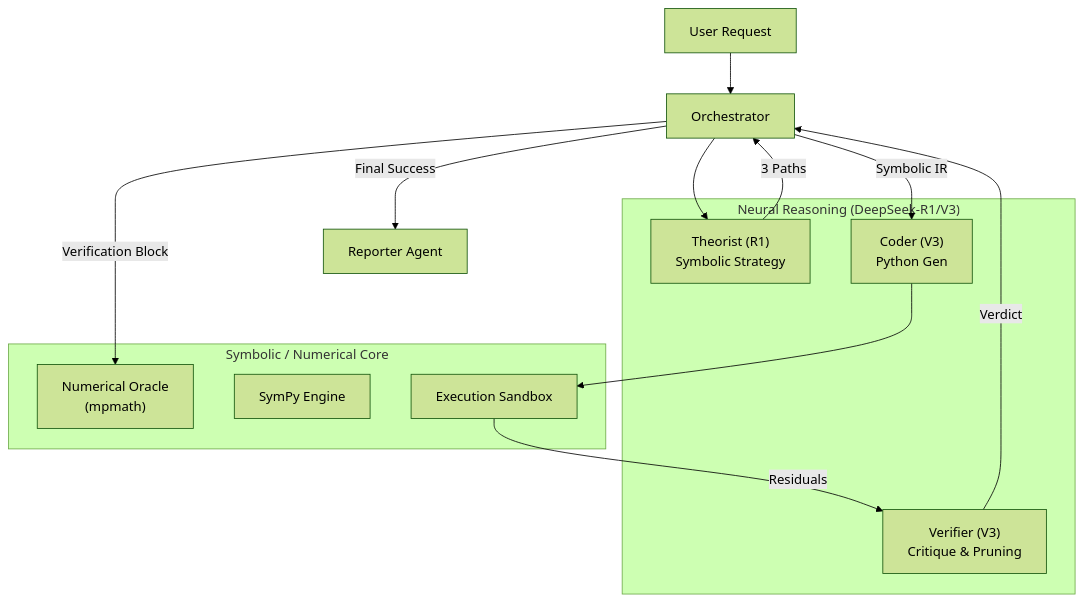
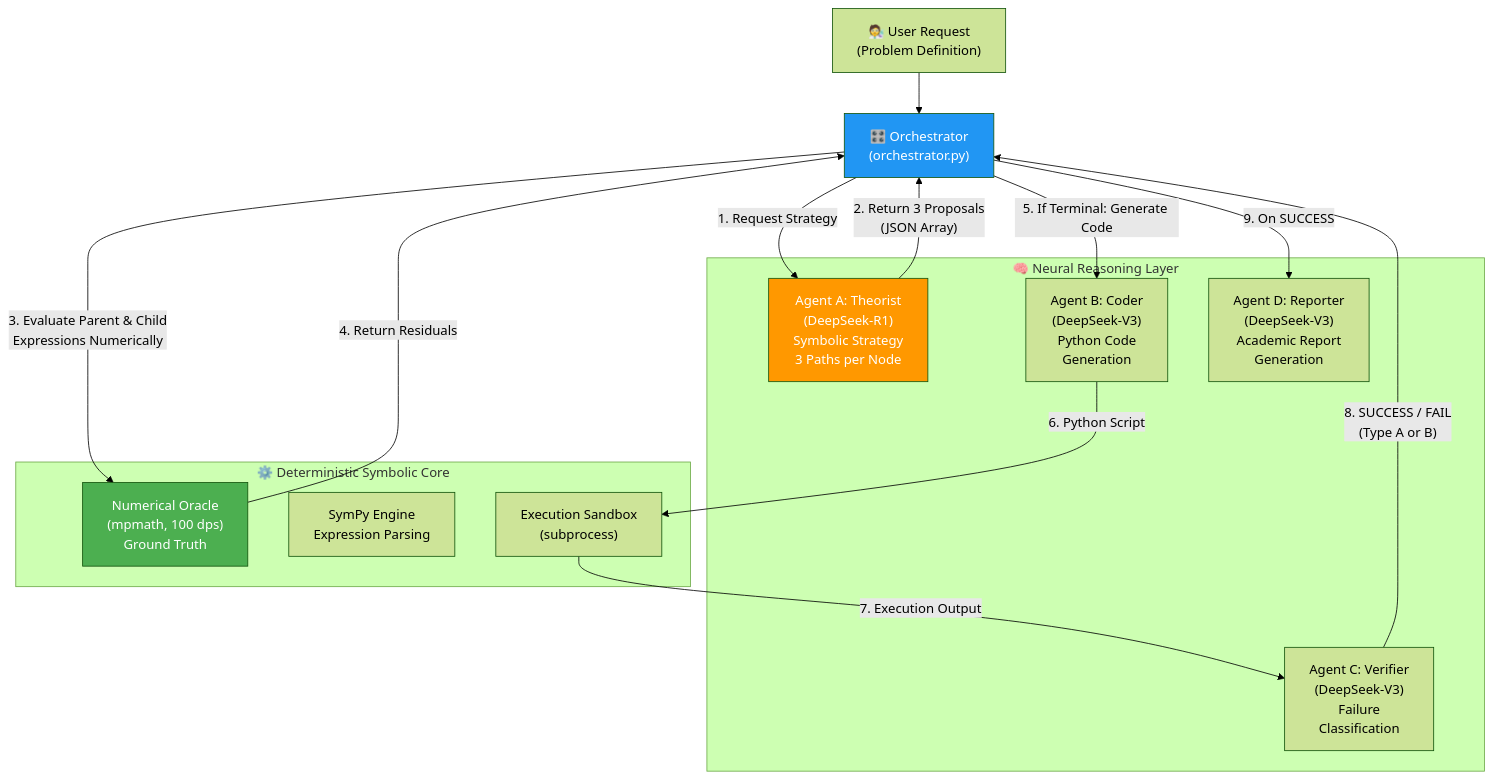
The first of 4 diagrams in doc/FINAL_FRAMEWORK_EN.md (XiaoJiang-Phy/NeuroSymbolic-Physics-Solver), drawn with Mermaid (forest theme) before and after one commit. The commit also changed other lines of this file and 3 other files, not shown here.

Commit message:
docs: comprehensive rewrite of all bilingual reports with detailed code analysis, derivation tree deep-dive, and case study

````diff
--- a/doc/FINAL_FRAMEWORK_EN.md
+++ b/doc/FINAL_FRAMEWORK_EN.md
@@ -7,25 +11,31 @@
 ```mermaid
 graph TD
-    User["User Request"] --> Orchestrator
+    User["🧑‍🔬 User Request<br/>(Problem Definition)"] --> Orchestrator["🎛️ Orchestrator<br/>(orchestrator.py)"]
     
-    subgraph "Neural Reasoning (DeepSeek-R1/V3)"
-        Theorist["Theorist (R1)<br/>Symbolic Strategy"]
-        Coder["Coder (V3)<br/>Python Gen"]
-        Verifier_Agent["Verifier (V3)<br/>Critique & Pruning"]
+    subgraph "🧠 Neural Reasoning Layer"
+        Theorist["Agent A: Theorist<br/>(DeepSeek-R1)<br/>Symbolic Strategy<br/>3 Paths per Node"]
+        Coder["Agent B: Coder<br/>(DeepSeek-V3)<br/>Python Code<br/>Generation"]
+        Verifier_Agent["Agent C: Verifier<br/>(DeepSeek-V3)<br/>Failure<br/>Classification"]
+        Reporter["Agent D: Reporter<br/>(DeepSeek-V3)<br/>Academic Report<br/>Generation"]
     end
     
-    subgraph "Symbolic / Numerical Core"
-        Oracle["Numerical Oracle<br/>(mpmath)"]
-        Sympy["SymPy Engine"]
-        Sandbox["Execution Sandbox"]
+    subgraph "⚙️ Deterministic Symbolic Core"
+        Oracle["Numerical Oracle<br/>(mpmath, 100 dps)<br/>Ground Truth"]
+        Sympy["SymPy Engine<br/>Expression Parsing"]
+        Sandbox["Execution Sandbox<br/>(subprocess)"]
     end
     
-    Orchestrator --> Theorist
-    Theorist -- "3 Paths" --> Orchestrator
-    Orchestrator -- "Verification Block" --> Oracle
-    Orchestrator -- "Symbolic IR" --> Coder
-    Coder --> Sandbox
-    Sandbox -- "Residuals" --> Verifier_Agent
-    Verifier_Agent -- "Verdict" --> Orchestrator
-    Orchestrator -- "Final Success" --> Reporter["Reporter Agent"]
+    Orchestrator -- "1. Request Strategy" --> Theorist
+    Theorist -- "2. Return 3 Proposals<br/>(JSON Array)" --> Orchestrator
+    Orchestrator -- "3. Evaluate Parent & Child<br/>Expressions Numerically" --> Oracle
+    Oracle -- "4. Return Residuals" --> Orchestrator
+    Orchestrator -- "5. If Terminal: Generate Code" --> Coder
+    Coder -- "6. Python Script" --> Sandbox
+    Sandbox -- "7. Execution Output" --> Verifier_Agent
+    Verifier_Agent -- "8. SUCCESS / FAIL<br/>(Type A or B)" --> Orchestrator
+    Orchestrator -- "9. On SUCCESS" --> Reporter
+    
+    style Orchestrator fill:#2196F3,color:#fff
+    style Oracle fill:#4CAF50,color:#fff
+    style Theorist fill:#FF9800,color:#fff
 ```
````
